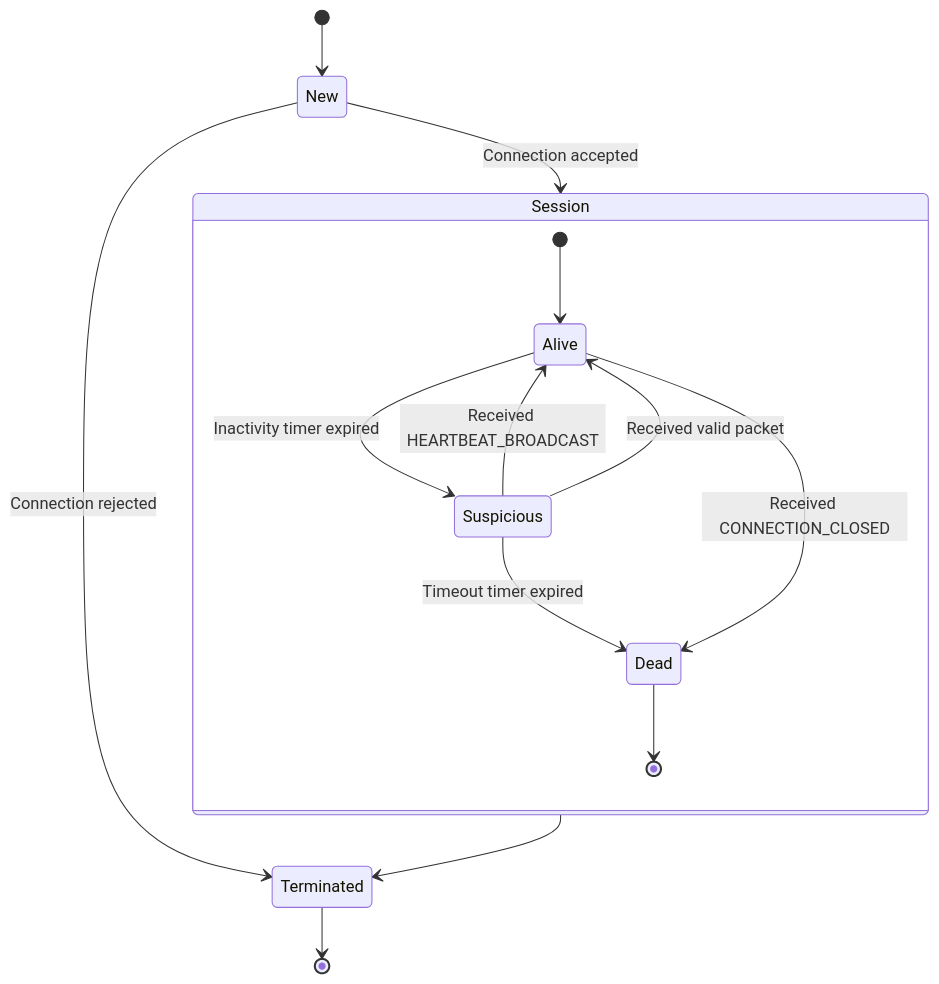
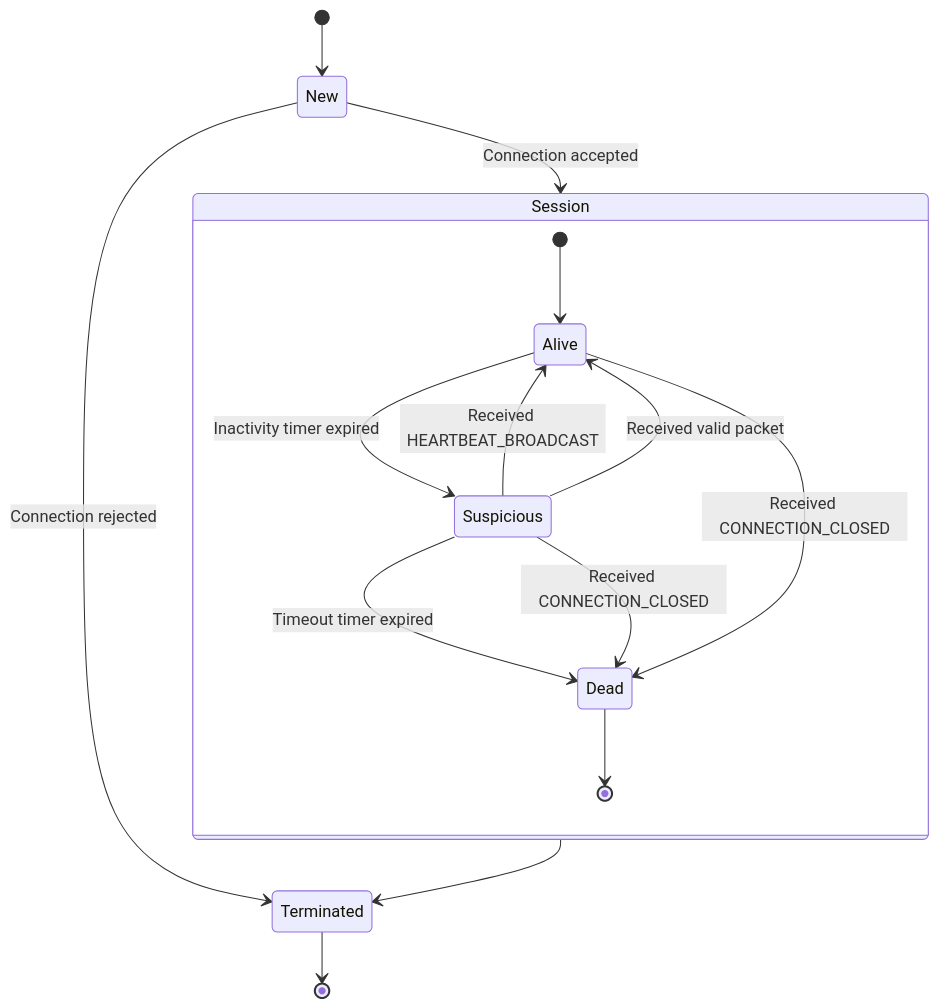
One commit to UQAC-Homework/8djv104_tp2 changed the first of 5 diagrams in RFC.md. Above: the diagram before and after it, drawn with Mermaid. The commit also changed other lines of this file, not shown here.

````diff
--- a/RFC.md
+++ b/RFC.md
@@ -522,18 +518,19 @@
 ```mermaid
 stateDiagram-v2
 	[*] --> New
 	New --> Session: Connection accepted
     New --> Terminated: Connection rejected
 	Session --> Terminated
 	Terminated --> [*]
 
 	state Session {
 		[*] --> Alive
 		 Alive --> Suspicious: Inactivity timer expired
 		Suspicious --> Alive: Received HEARTBEAT_BROADCAST
 		Suspicious --> Alive: Received valid packet
 		Suspicious --> Dead: Timeout timer expired
+		Suspicious --> Dead: Received CONNECTION_CLOSED
 		Alive --> Dead: Received CONNECTION_CLOSED
 		Dead --> [*]
 	}
 ```
````
